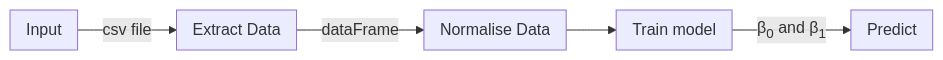
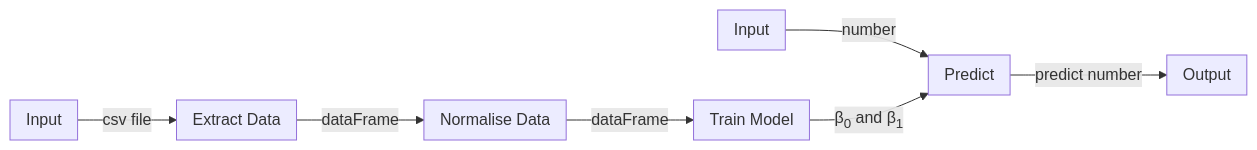
The first of 4 diagrams in README.md (farinaleo/linear_regression), drawn with Mermaid before and after one commit.

Commit message:
:memo: improve schema

````diff
--- a/README.md
+++ b/README.md
@@ -11,22 +11,30 @@
 ```mermaid
 flowchart LR
     subgraph input["Input"]
     end
     
     subgraph extract["Extract Data"]
     end
     
     subgraph normalise["Normalise Data"]
     end
     
-    subgraph train["Train model"]
+    subgraph train["Train Model"]
     end
     
     subgraph predict["Predict"]
     end
     
+    subgraph input2["Input"]
+    end
+    
+    subgraph output["Output"]
+    end
+
+    input2 -- number --> predict
     input -- csv file --> extract
     extract -- dataFrame --> normalise
-    normalise --> train
+    normalise -- dataFrame --> train
     train -- β<sub>0</sub> and β<sub>1</sub> --> predict
+    predict -- predict number--> output
 ```
````
